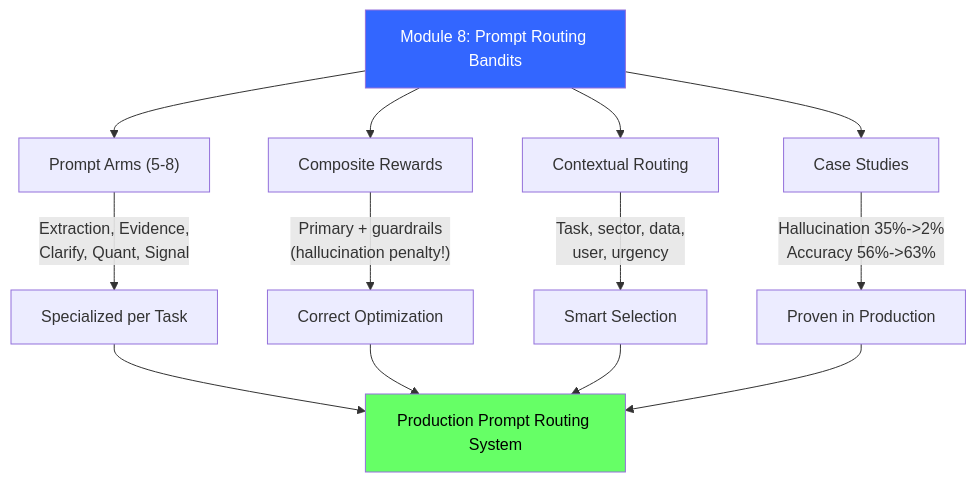
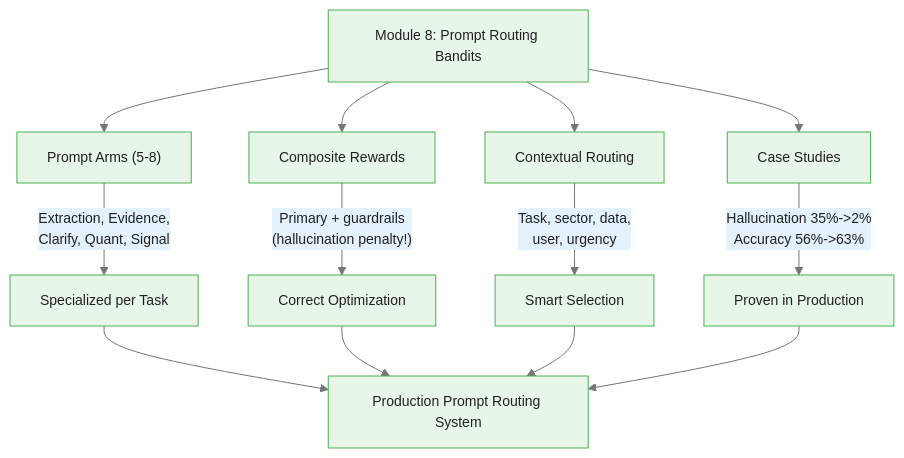
Before and after one commit to m-deane/course-creator: the fourth of 4 diagrams in courses/multi-armed-bandits-ab-testing/modules/module_08_prompt_routing_bandits/guides/cheatsheet_slides.md, drawn with Mermaid. The commit also changed other lines of this file and 146 other files, not shown here.

````diff
--- a/courses/multi-armed-bandits-ab-testing/modules/module_08_prompt_routing_bandits/guides/cheatsheet_slides.md
+++ b/courses/multi-armed-bandits-ab-testing/modules/module_08_prompt_routing_bandits/guides/cheatsheet_slides.md
@@ -266,17 +302,15 @@
 ```mermaid
+%%{init: {"theme": "base", "themeVariables": {"primaryColor": "#e8f5e9", "primaryBorderColor": "#4caf50", "primaryTextColor": "#212121", "secondaryColor": "#e3f2fd", "tertiaryColor": "#fff8e1", "lineColor": "#757575", "fontFamily": "Inter, sans-serif", "fontSize": "14px"}}}%%
 flowchart TD
     M8_v["Module 8: Prompt Routing Bandits"] --> Arms_v["Prompt Arms (5-8)"]
     M8_v --> Reward_v["Composite Rewards"]
     M8_v --> Context_v["Contextual Routing"]
     M8_v --> Cases["Case Studies"]
 
     Arms_v --> |"Extraction, Evidence,<br/>Clarify, Quant, Signal"| Specialized_v["Specialized per Task"]
     Reward_v --> |"Primary + guardrails<br/>(hallucination penalty!)"| Correct["Correct Optimization"]
     Context_v --> |"Task, sector, data,<br/>user, urgency"| Smart_v["Smart Selection"]
     Cases --> |"Hallucination 35%->2%<br/>Accuracy 56%->63%"| Proven_v["Proven in Production"]
 
     Specialized_v & Correct & Smart_v & Proven_v --> System["Production Prompt Routing System"]
-
-    style M8_v fill:#36f,color:#fff
-    style System fill:#6f6,color:#000
 ```
````
